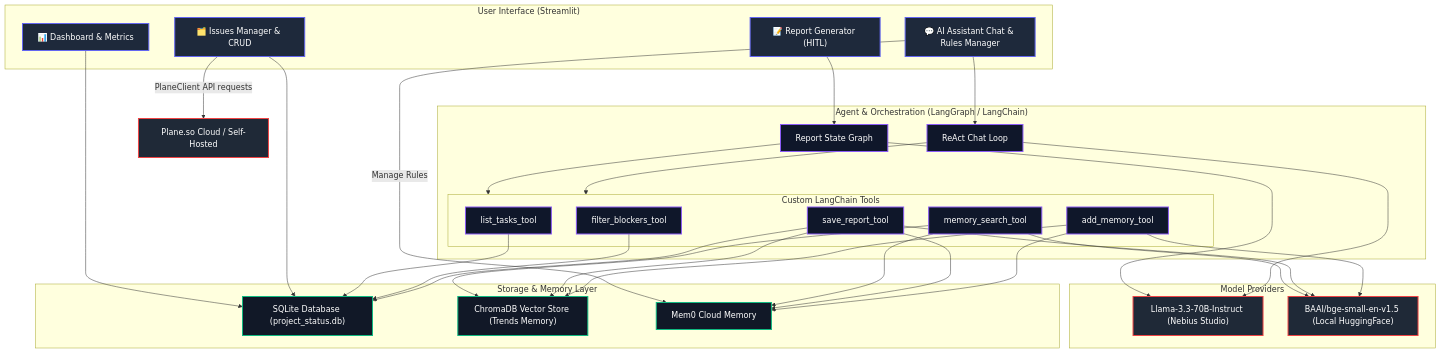
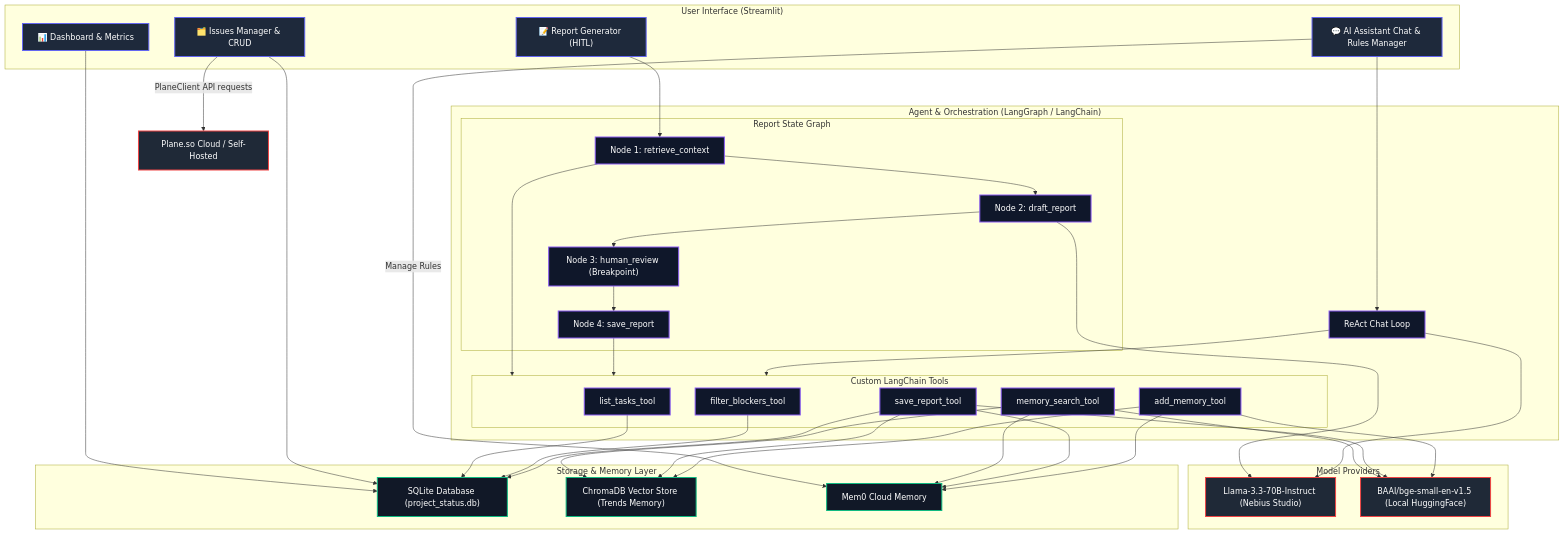
Before and after one commit to satsraja12-eng/project-status-agent: the diagram in architecture.md, drawn with Mermaid. The commit also changed other lines of this file, not shown here.

Commit message:
docs: explicitly label and diagram LangGraph Nodes 1 to 4 in architecture guide

````diff
--- a/architecture.md
+++ b/architecture.md
@@ -31,68 +31,75 @@
 ```mermaid
 graph TD
     classDef ui fill:#1E293B,stroke:#6366F1,stroke-width:2px,color:#FFF;
     classDef engine fill:#0F172A,stroke:#8B5CF6,stroke-width:2px,color:#FFF;
     classDef storage fill:#111827,stroke:#10B981,stroke-width:2px,color:#FFF;
     classDef api fill:#1F2937,stroke:#EF4444,stroke-width:2px,color:#FFF;
 
     subgraph UI ["User Interface (Streamlit)"]
         Dashboard["📊 Dashboard & Metrics"]:::ui
         IssuesManager["🗂️ Issues Manager & CRUD"]:::ui
         ReportGenerator["📝 Report Generator (HITL)"]:::ui
         Chatbot["💬 AI Assistant Chat & Rules Manager"]:::ui
     end
 
     subgraph AgentEngine ["Agent & Orchestration (LangGraph / LangChain)"]
-        ReportGraph["Report State Graph"]:::engine
+        subgraph ReportGraph ["Report State Graph"]
+            Node1["Node 1: retrieve_context"]:::engine
+            Node2["Node 2: draft_report"]:::engine
+            Node3["Node 3: human_review (Breakpoint)"]:::engine
+            Node4["Node 4: save_report"]:::engine
+            Node1 --> Node2 --> Node3 --> Node4
+        end
         ChatLoop["ReAct Chat Loop"]:::engine
         
         subgraph Tools ["Custom LangChain Tools"]
             ListTasks["list_tasks_tool"]:::engine
             FilterBlockers["filter_blockers_tool"]:::engine
             MemorySearch["memory_search_tool"]:::engine
             SaveReport["save_report_tool"]:::engine
             AddMemory["add_memory_tool"]:::engine
         end
     end
 
     subgraph Models ["Model Providers"]
         Llama["Llama-3.3-70B-Instruct (Nebius Studio)"]:::api
         BGE["BAAI/bge-small-en-v1.5 (Local HuggingFace)"]:::api
     end
 
     subgraph Storage ["Storage & Memory Layer"]
         SQLite["SQLite Database (project_status.db)"]:::storage
         Chroma["ChromaDB Vector Store (Trends Memory)"]:::storage
         Mem0["Mem0 Cloud Memory"]:::storage
     end
 
     %% UI Connections
     Dashboard --> SQLite
     IssuesManager --> SQLite
     IssuesManager -- "PlaneClient API requests" --> PlaneAPI["Plane.so Cloud / Self-Hosted"]:::api
-    ReportGenerator --> ReportGraph
+    ReportGenerator --> Node1
     Chatbot --> ChatLoop
     Chatbot -- "Manage Rules" --> Mem0
 
     %% Graph Connections
-    ReportGraph --> Tools
+    Node1 --> Tools
+    Node4 --> Tools
     ChatLoop --> Tools
     
     %% Tool Connections
     ListTasks --> SQLite
     FilterBlockers --> SQLite
     MemorySearch --> Chroma
     MemorySearch --> Mem0
     SaveReport --> SQLite
     SaveReport --> Chroma
     SaveReport --> Mem0
     AddMemory --> Chroma
     AddMemory --> Mem0
 
     %% Model Connections
-    ReportGraph --> Llama
+    Node2 --> Llama
     ChatLoop --> Llama
     MemorySearch --> BGE
     SaveReport --> BGE
     AddMemory --> BGE
 ```
````
